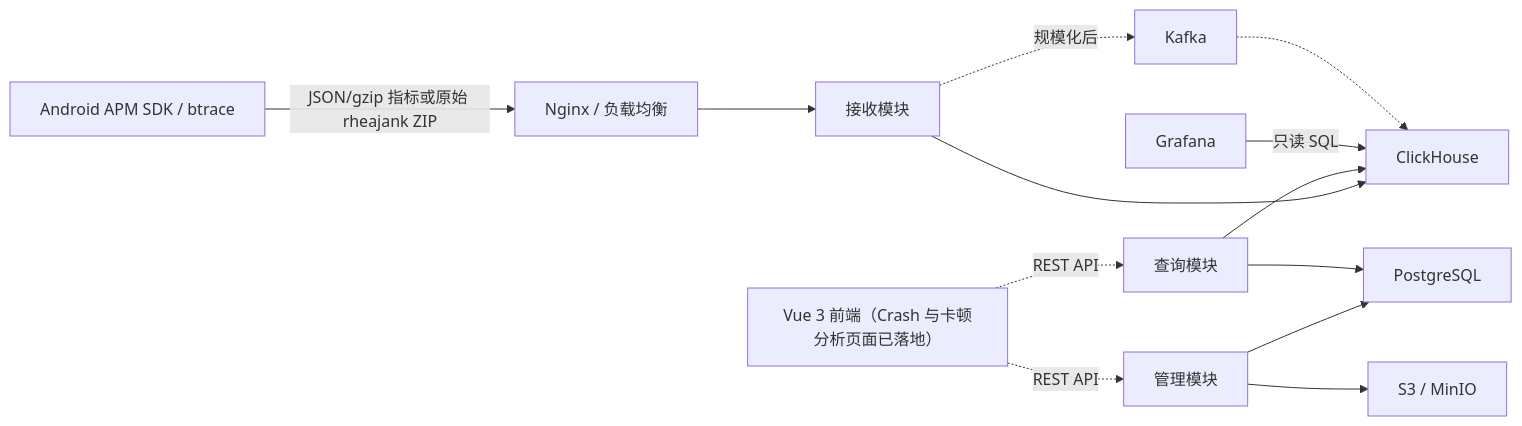
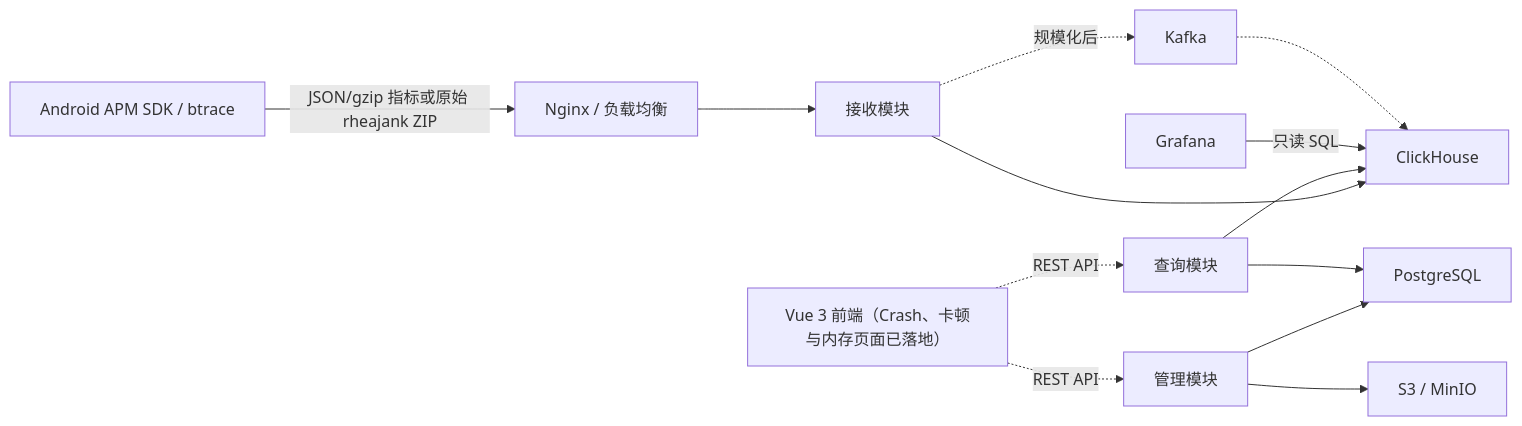
The diagram in docs/knowledge-base/02-总体架构与模块.md (mashanshui/apm-server), drawn with Mermaid before and after one commit. The commit also changed other lines of this file and 96 other files, not shown here.

````diff
--- a/docs/knowledge-base/02-总体架构与模块.md
+++ b/docs/knowledge-base/02-总体架构与模块.md
@@ -7,15 +7,15 @@
 ```mermaid
 flowchart LR
     SDK["Android APM SDK / btrace"] -->|"JSON/gzip 指标或原始 rheajank ZIP"| Nginx["Nginx / 负载均衡"]
     Nginx --> Ingest["接收模块"]
     Ingest --> CH["ClickHouse"]
     Admin["管理模块"] --> PG["PostgreSQL"]
     Admin --> Obj["S3 / MinIO"]
     Query["查询模块"] --> PG
     Query --> CH
     Grafana["Grafana"] -->|"只读 SQL"| CH
-    Vue["Vue 3 前端（Crash 与卡顿分析页面已落地）"] -.->|"REST API"| Admin
+    Vue["Vue 3 前端（Crash、卡顿与内存页面已落地）"] -.->|"REST API"| Admin
     Vue -.->|"REST API"| Query
     Ingest -.->|"规模化后"| Kafka["Kafka"]
     Kafka -.-> CH
 ```
````
